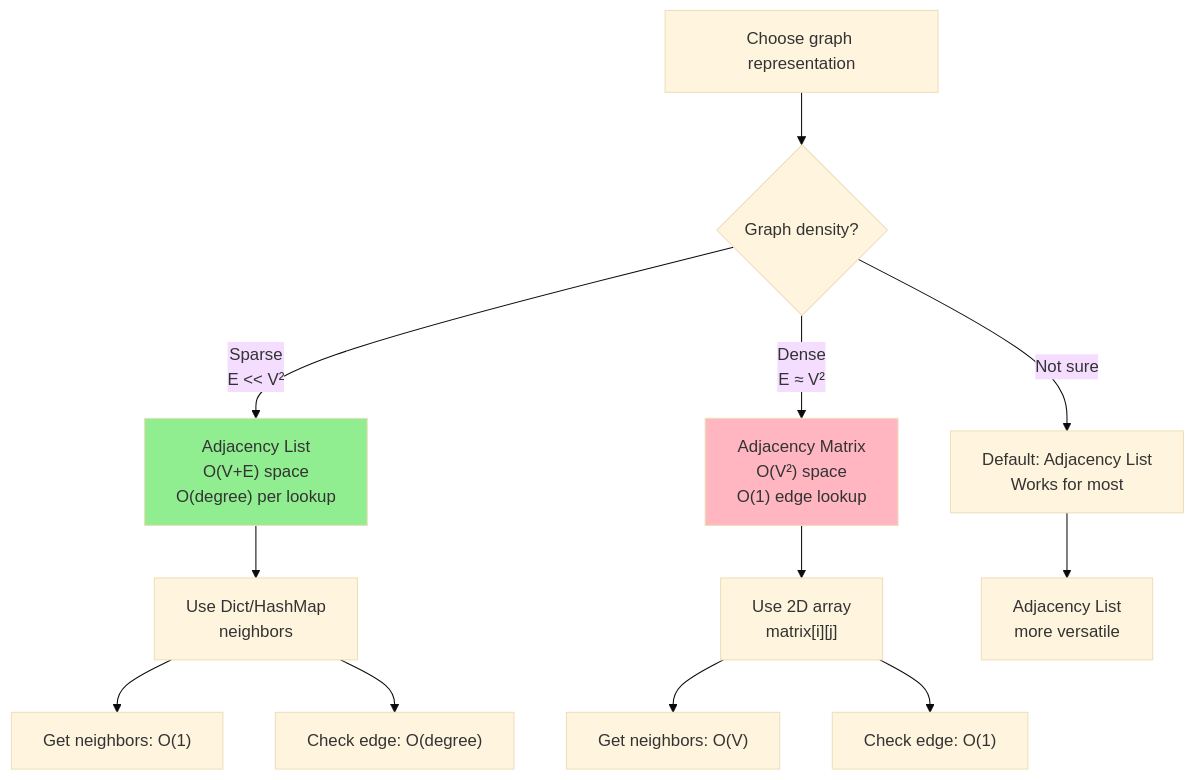
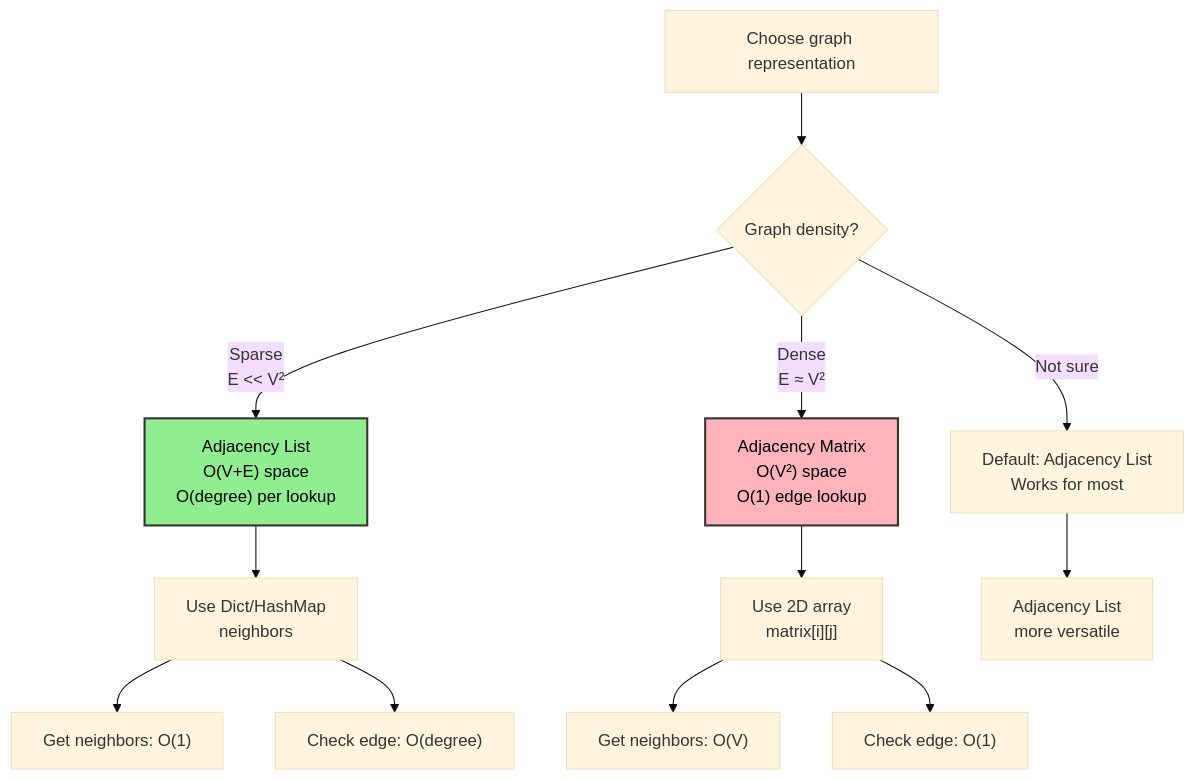
One commit to souradeepta/interviewprep changed the second of 3 diagrams in docs/advanced/graph.md. Above: the diagram before and after it, drawn with Mermaid (base theme). The commit also changed other lines of this file and 31 other files, not shown here.

Commit message:
updated graphs

````diff
--- a/docs/advanced/graph.md
+++ b/docs/advanced/graph.md
@@ -63,20 +63,20 @@
 ```mermaid
 graph TD
     A["Choose graph representation"] --> B{"Graph density?"}
     
     B -->|Sparse<br/>E << V²| C["Adjacency List<br/>O(V+E) space<br/>O(degree) per lookup"]
     B -->|Dense<br/>E ≈ V²| D["Adjacency Matrix<br/>O(V²) space<br/>O(1) edge lookup"]
     B -->|Not sure| E["Default: Adjacency List<br/>Works for most"]
     
     C --> F["Use Dict/HashMap<br/>neighbors"]
     D --> G["Use 2D array<br/>matrix[i][j]"]
     E --> H["Adjacency List<br/>more versatile"]
     
     F --> I["Get neighbors: O(1)"]
     F --> J["Check edge: O(degree)"]
     G --> K["Get neighbors: O(V)"]
     G --> L["Check edge: O(1)"]
     
-    style C fill:#90EE90
-    style D fill:#FFB6C1
+    style C fill:#90ee90,color:#000,stroke:#333,stroke-width:2px
+    style D fill:#ffb3ba,color:#000,stroke:#333,stroke-width:2px
 ```
````
